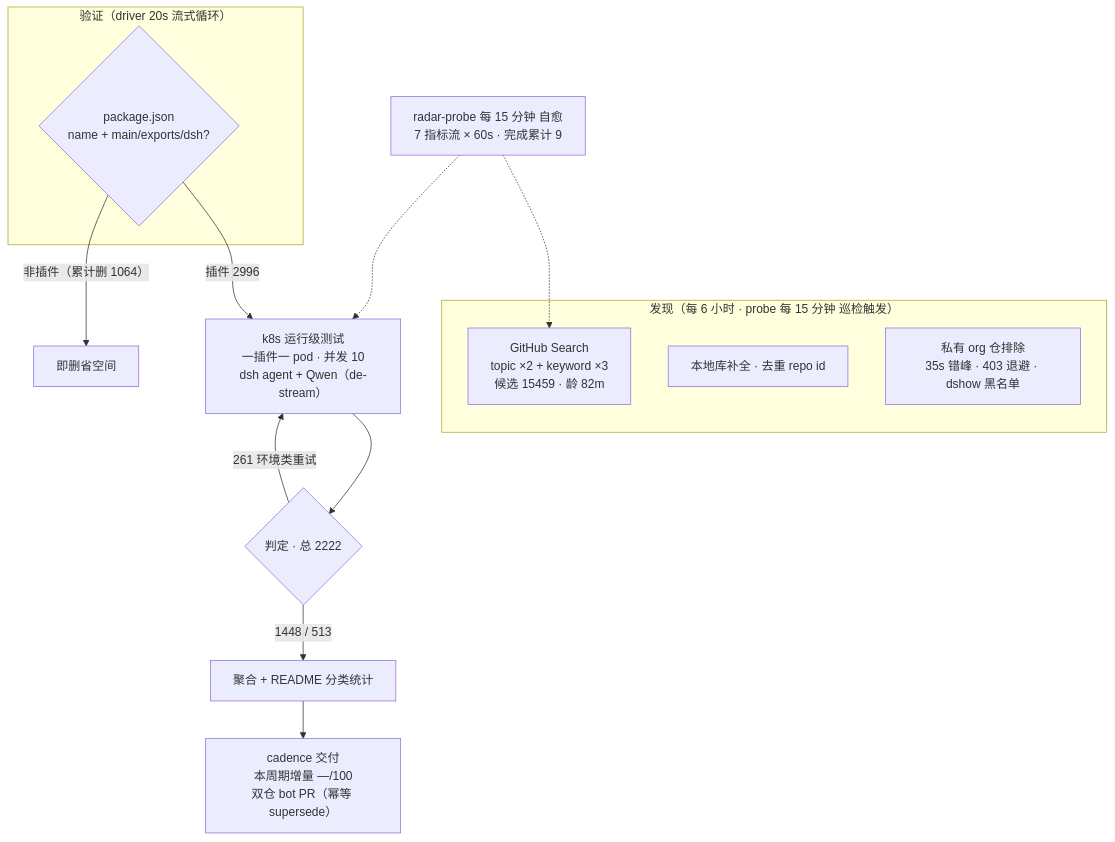
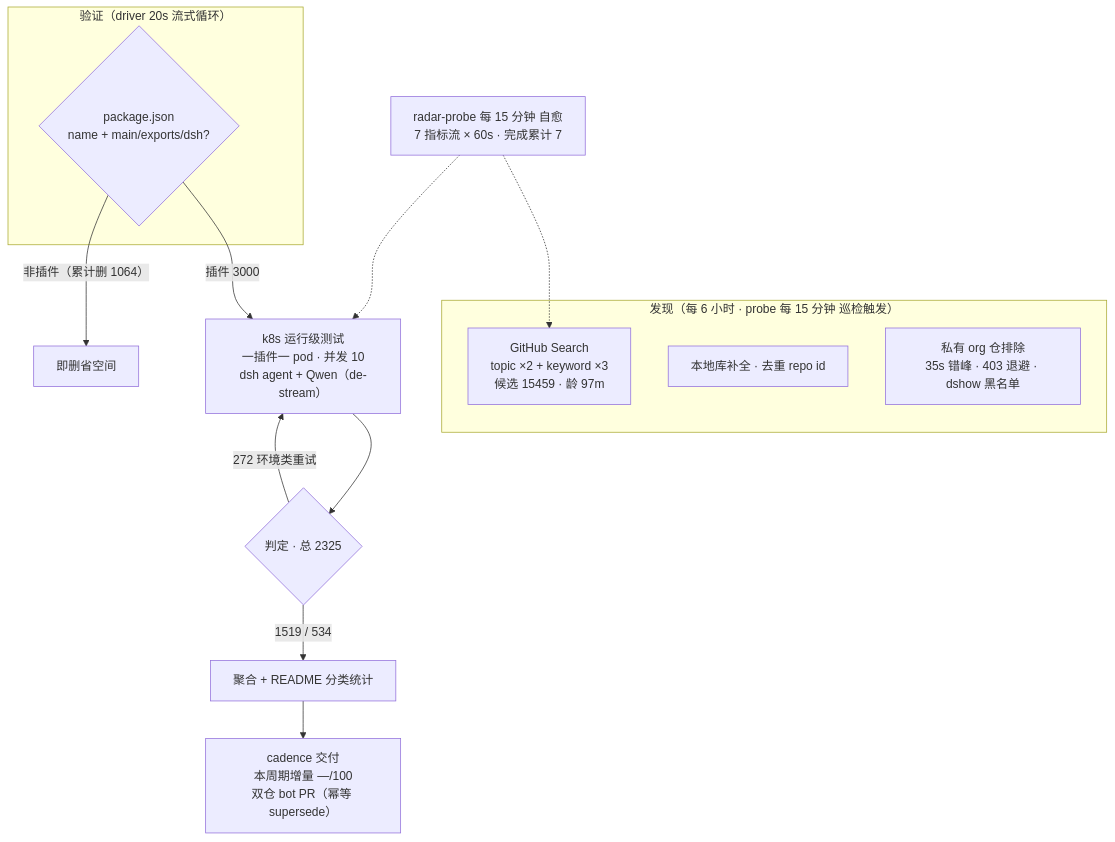
The diagram in README.md (Zhidao-Lab-OSS/awesome-dsh-plugins), drawn with Mermaid before and after one commit. The commit also changed other lines of this file and 1 other file, not shown here.

````diff
--- a/README.md
+++ b/README.md
@@ -37,20 +37,20 @@
 ```mermaid
 flowchart TB
     subgraph Discovery["发现（每 6 小时 · probe 每 15 分钟 巡检触发）"]
-        A1["GitHub Search<br/>topic ×2 + keyword ×3<br/>候选 15459 · 龄 82m"]
+        A1["GitHub Search<br/>topic ×2 + keyword ×3<br/>候选 15459 · 龄 97m"]
         A2["本地库补全 · 去重 repo id"]
         A3["私有 org 仓排除<br/>35s 错峰 · 403 退避 · dshow 黑名单"]
     end
     subgraph Validation["验证（driver 20s 流式循环）"]
         B1{"package.json<br/>name + main/exports/dsh?"}
     end
-    B1 -->|"插件 2996"| C1["k8s 运行级测试<br/>一插件一 pod · 并发 10<br/>dsh agent + Qwen（de-stream）"]
+    B1 -->|"插件 3000"| C1["k8s 运行级测试<br/>一插件一 pod · 并发 10<br/>dsh agent + Qwen（de-stream）"]
     B1 -->|"非插件（累计删 1064）"| B3["即删省空间"]
-    C1 --> D1{"判定 · 总 2222"}
-    D1 -->|"1448 / 513"| E1["聚合 + README 分类统计"]
-    D1 -->|"261 环境类重试"| C1
+    C1 --> D1{"判定 · 总 2325"}
+    D1 -->|"1519 / 534"| E1["聚合 + README 分类统计"]
+    D1 -->|"272 环境类重试"| C1
     E1 --> E2["cadence 交付<br/>本周期增量 —/100<br/>双仓 bot PR（幂等 supersede）"]
-    M["radar-probe 每 15 分钟 自愈<br/>7 指标流 × 60s · 完成累计 9"]
+    M["radar-probe 每 15 分钟 自愈<br/>7 指标流 × 60s · 完成累计 7"]
     M -.-> A1
     M -.-> C1
 ```
````
